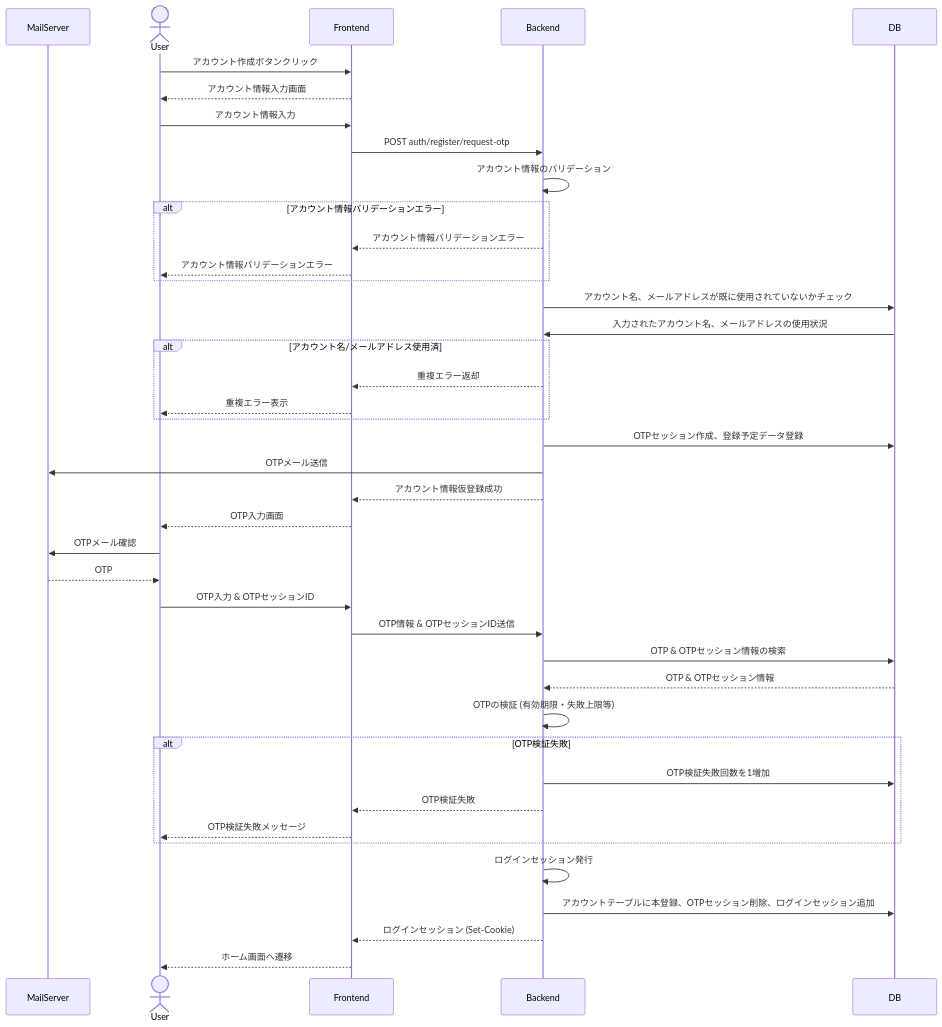
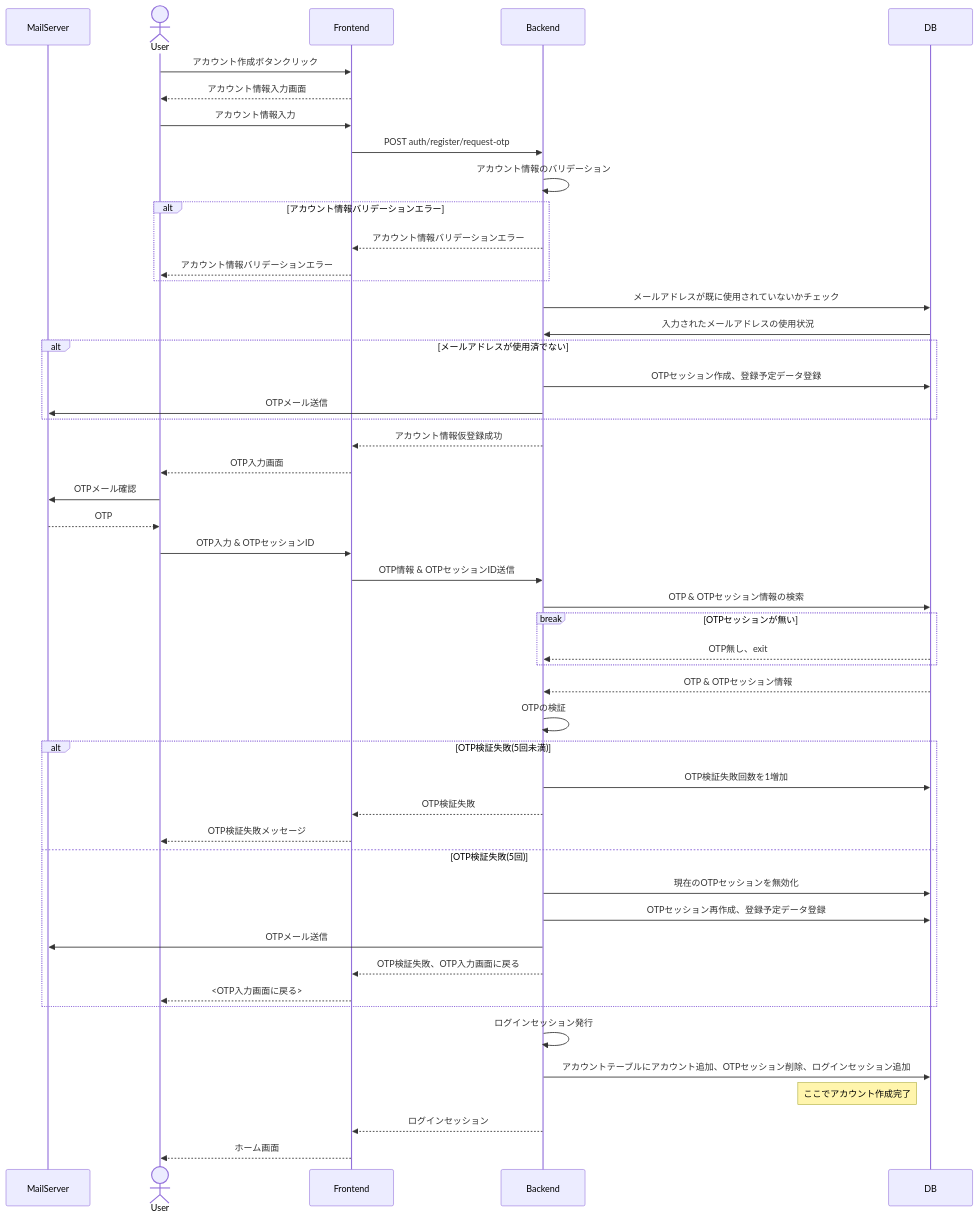
Before and after one commit to TUS-TI-dev-team/SyncTask: the first of 9 diagrams in docs/process_design.md, drawn with Mermaid. The commit also changed other lines of this file, not shown here.

````diff
--- a/docs/process_design.md
+++ b/docs/process_design.md
@@ -11,44 +11,54 @@
 ```mermaid
 sequenceDiagram
 	participant MailServer
 	actor User
 	participant Frontend
 	participant Backend
 	participant DB
 	
 	User->>Frontend: アカウント作成ボタンクリック
 	Frontend-->>User: アカウント情報入力画面
 	User->>Frontend: アカウント情報入力
 	Frontend->>Backend: POST auth/register/request-otp
 	Backend->>Backend: アカウント情報のバリデーション
 	alt アカウント情報バリデーションエラー
 		Backend-->>Frontend: アカウント情報バリデーションエラー
 		Frontend-->>User: アカウント情報バリデーションエラー
 	end
-	Backend->>DB: アカウント名、メールアドレスが既に使用されていないかチェック
-	DB->>Backend: 入力されたアカウント名、メールアドレスの使用状況
-	alt アカウント名/メールアドレス使用済
-		Backend-->>Frontend: 重複エラー返却
-		Frontend-->>User: 重複エラー表示
+	Backend->>DB: メールアドレスが既に使用されていないかチェック
+	DB->>Backend: 入力されたメールアドレスの使用状況
+
+	alt メールアドレスが使用済でない
+		Backend->>DB: OTPセッション作成、登録予定データ登録
+		Backend->>MailServer: OTPメール送信
 	end
-	Backend->>DB: OTPセッション作成、登録予定データ登録
-	Backend->>MailServer: OTPメール送信
+	%% もしメールアドレスが使用済なら、成功したように見せつつメールは送らない
 	Backend-->>Frontend: アカウント情報仮登録成功
 	Frontend-->>User: OTP入力画面
 	User->>MailServer: OTPメール確認
 	MailServer-->>User: OTP
 	User->>Frontend: OTP入力 & OTPセッションID
 	Frontend->>Backend: OTP情報 & OTPセッションID送信
 	Backend->>DB: OTP & OTPセッション情報の検索
+	break OTPセッションが無い
+		DB-->>Backend: OTP無し、exit
+	end
 	DB-->>Backend: OTP & OTPセッション情報
-	Backend->>Backend: OTPの検証 (有効期限・失敗上限等)
-	alt OTP検証失敗
+	Backend->>Backend: OTPの検証
+	alt OTP検証失敗(5回未満)
 		Backend->>DB: OTP検証失敗回数を1増加
 		Backend-->>Frontend: OTP検証失敗
 		Frontend-->>User: OTP検証失敗メッセージ
+	else OTP検証失敗(5回)
+		Backend->>DB: 現在のOTPセッションを無効化
+		Backend->>DB: OTPセッション再作成、登録予定データ登録
+		Backend->>MailServer: OTPメール送信
+		Backend-->>Frontend: OTP検証失敗、OTP入力画面に戻る
+		Frontend-->>User: <OTP入力画面に戻る>
 	end
 	Backend->>Backend: ログインセッション発行
-	Backend->>DB: アカウントテーブルに本登録、OTPセッション削除、ログインセッション追加
-	Backend-->>Frontend: ログインセッション (Set-Cookie)
-	Frontend-->>User: ホーム画面へ遷移
+	Backend->>DB: アカウントテーブルにアカウント追加、OTPセッション削除、ログインセッション追加
+	note left of DB: ここでアカウント作成完了
+	Backend-->>Frontend: ログインセッション
+	Frontend-->>User: ホーム画面
 ```
````
